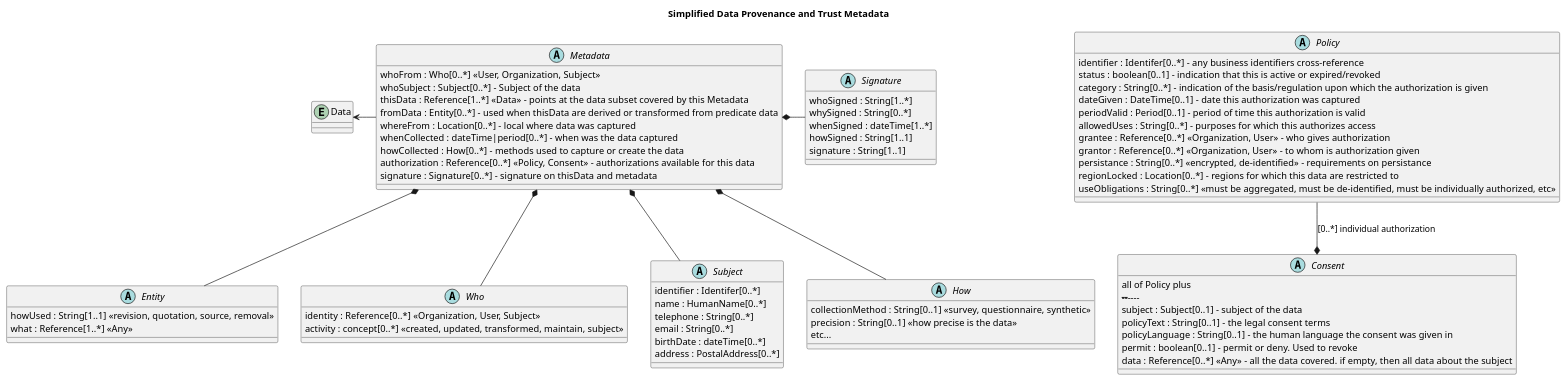
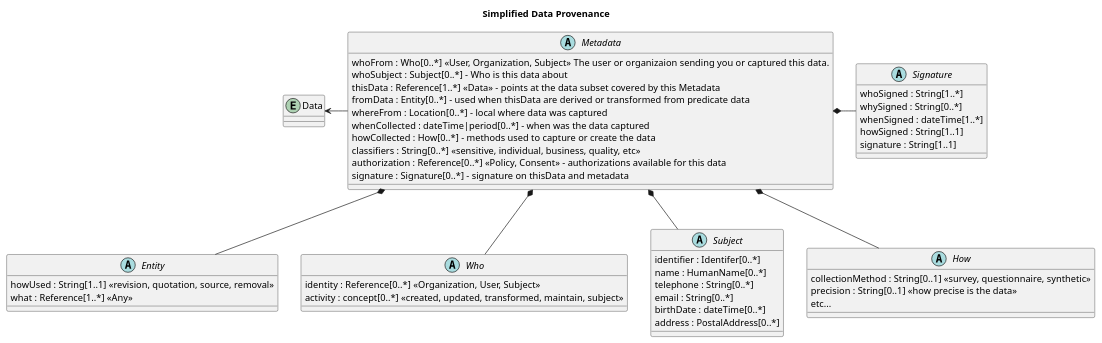
The first of 2 diagrams in metadata-simplified.plantuml (JohnMoehrke/Metadata), drawn with PlantUML before and after one commit. The commit also changed 4 other files, not shown here.

```diff
--- a/metadata-simplified.plantuml
+++ b/metadata-simplified.plantuml
@@ -1,81 +1,56 @@
 @startuml 
-title Simplified Data Provenance and Trust Metadata
+title Simplified Data Provenance
 
 abstract class Signature {
     whoSigned : String[1..*]
     whySigned : String[0..*]
     whenSigned : dateTime[1..*]
     howSigned : String[1..1] 
     signature : String[1..1] 
 }
 entity Data
 
 abstract class Metadata {
-  whoFrom : Who[0..*] <<User, Organization, Subject>> 
-  whoSubject : Subject[0..*] - Subject of the data
+  whoFrom : Who[0..*] <<User, Organization, Subject>> The user or organizaion sending you or captured this data.
+  whoSubject : Subject[0..*] - Who is this data about
   thisData : Reference[1..*] <<Data>> - points at the data subset covered by this Metadata
   fromData : Entity[0..*] - used when thisData are derived or transformed from predicate data
   whereFrom : Location[0..*] - local where data was captured
   whenCollected : dateTime|period[0..*] - when was the data captured
   howCollected : How[0..*] - methods used to capture or create the data
+  classifiers : String[0..*] <<sensitive, individual, business, quality, etc>> 
   authorization : Reference[0..*] <<Policy, Consent>> - authorizations available for this data
   signature : Signature[0..*] - signature on thisData and metadata
 }
 Metadata *-down- Entity 
 Metadata *-down- Who 
 Metadata *-down- Subject 
 Metadata *-down- How 
 Metadata *-right- Signature
 Metadata -left-> Data
 
 abstract class Who {
     identity : Reference[0..*] <<Organization, User, Subject>>
     activity : concept[0..*] <<created, updated, transformed, maintain, subject>>
 }
 
 abstract class Subject {
     identifier : Identifer[0..*]
     name : HumanName[0..*]
     telephone : String[0..*]
     email : String[0..*]
     birthDate : dateTime[0..*]
     address : PostalAddress[0..*]
 }
 
 abstract class Entity {
     howUsed : String[1..1] <<revision, quotation, source, removal>>
     what : Reference[1..*] <<Any>>
 }
 
 abstract class How {
     collectionMethod : String[0..1] <<survey, questionnaire, synthetic>>
     precision : String[0..1] <<how precise is the data>>
     etc...
 }
-
-abstract class Policy {
-    identifier : Identifer[0..*] - any business identifiers cross-reference
-    status : boolean[0..1] - indication that this is active or expired/revoked
-    category : String[0..*] - indication of the basis/regulation upon which the authorization is given
-    dateGiven : DateTime[0..1] - date this authorization was captured
-    periodValid : Period[0..1] - period of time this authorization is valid
-    allowedUses : String[0..*] - purposes for which this authorizes access
-    grantee : Reference[0..*] <<Organization, User>> - who gives authorization
-    grantor : Reference[0..*] <<Organization, User>> - to whom is authorization given
-    persistance : String[0..*] <<encrypted, de-identified>> - requirements on persistance
-    regionLocked : Location[0..*] - regions for which this data are restricted to
-    useObligations : String[0..*] <<must be aggregated, must be de-identified, must be individually authorized, etc>>
-}
-Policy -down-* Consent : [0..*] individual authorization
-
-abstract class Consent {
- all of Policy plus
-    --------------
-    subject : Subject[0..1] - subject of the data
-    policyText : String[0..1] - the legal consent terms 
-    policyLanguage : String[0..1] - the human language the consent was given in
-    permit : boolean[0..1] - permit or deny. Used to revoke
-    data : Reference[0..*] <<Any>> - all the data covered. if empty, then all data about the subject
-}
-
 @enduml
```
